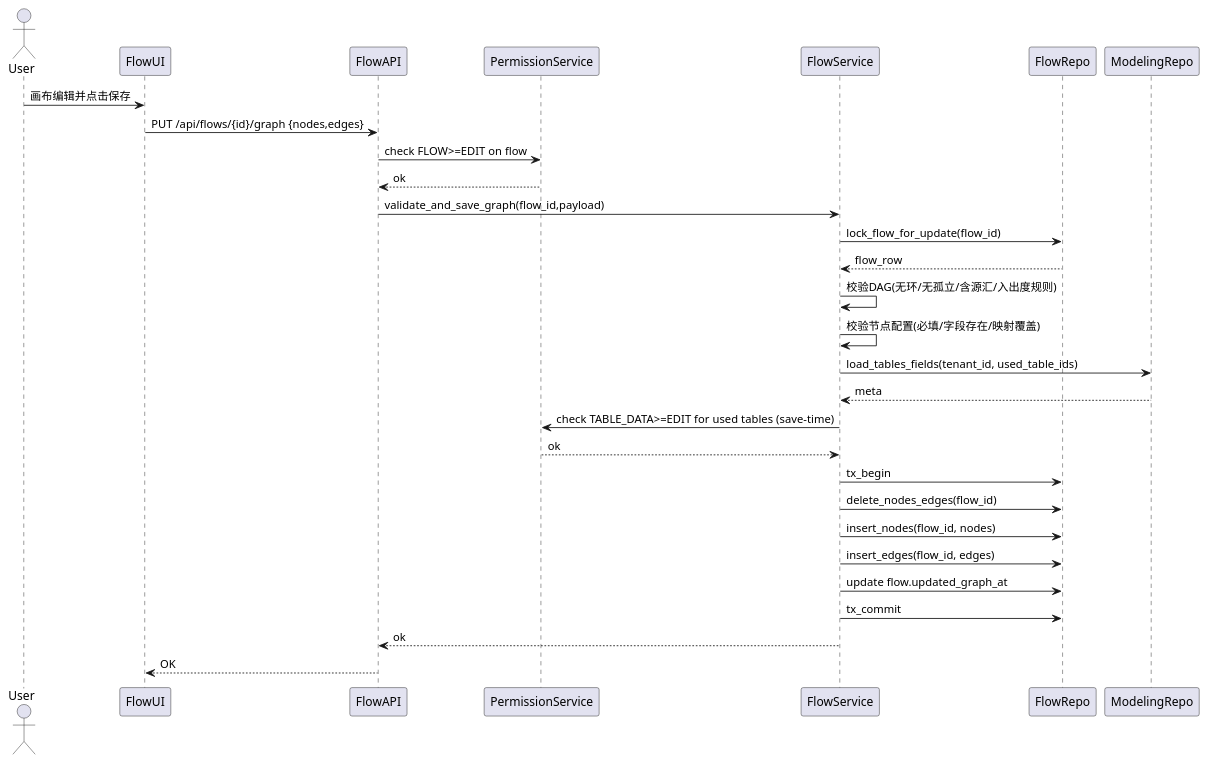
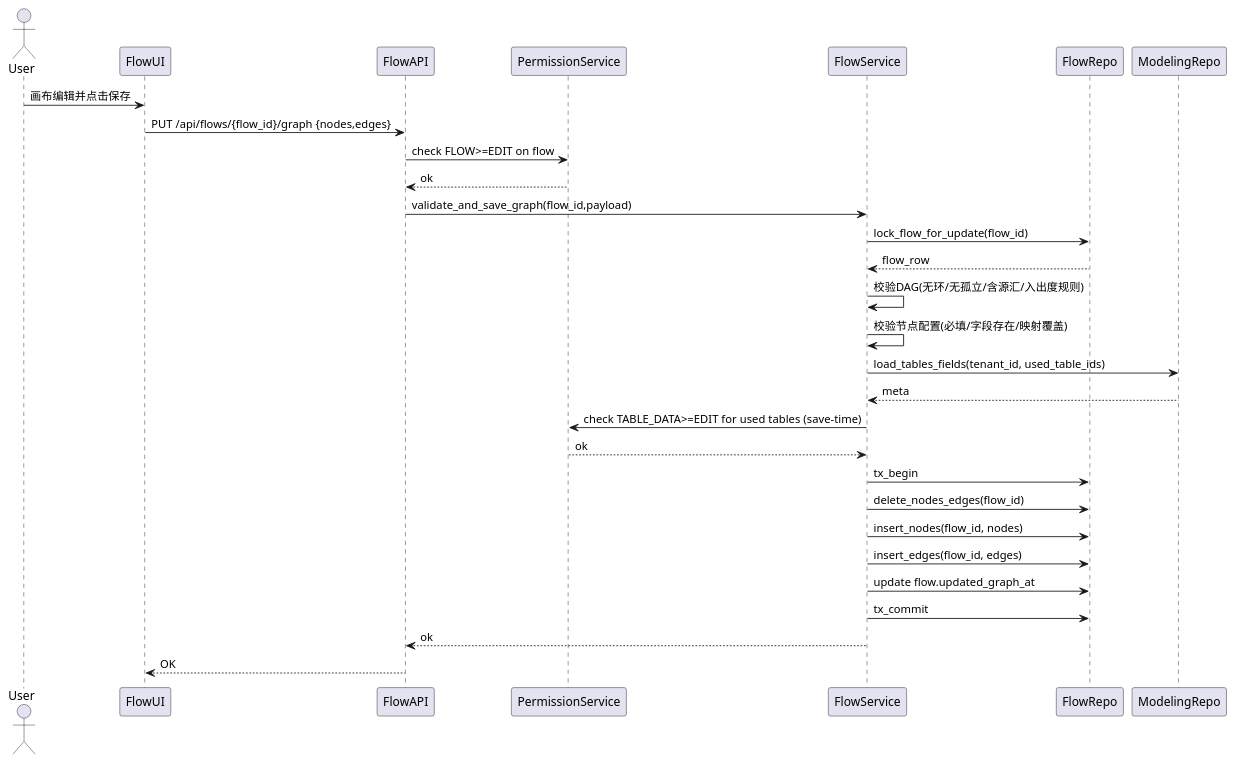
Before and after one commit to FangZiyong/grass: diagram 21 of 29 in docs/tech.md, drawn with PlantUML. The commit also changed other lines of this file and 5 other files, not shown here.

````diff
--- a/docs/tech.md
+++ b/docs/tech.md
@@ -3778,35 +3778,35 @@
 ```plantuml
 @startuml
 actor User
 participant "FlowUI" as UI
 participant "FlowAPI" as API
 participant "PermissionService" as PS
 participant "FlowService" as SVC
 participant "FlowRepo" as FR
 participant "ModelingRepo" as MR
 
 User -> UI : 画布编辑并点击保存
-UI -> API : PUT /api/flows/{id}/graph {nodes,edges}
+UI -> API : PUT /api/flows/{flow_id}/graph {nodes,edges}
 API -> PS : check FLOW>=EDIT on flow
 PS --> API : ok
 API -> SVC : validate_and_save_graph(flow_id,payload)
 SVC -> FR : lock_flow_for_update(flow_id)
 FR --> SVC : flow_row
 
 SVC -> SVC : 校验DAG(无环/无孤立/含源汇/入出度规则)
 SVC -> SVC : 校验节点配置(必填/字段存在/映射覆盖)
 SVC -> MR : load_tables_fields(tenant_id, used_table_ids)
 MR --> SVC : meta
 SVC -> PS : check TABLE_DATA>=EDIT for used tables (save-time)
 PS --> SVC : ok
 
 SVC -> FR : tx_begin
 SVC -> FR : delete_nodes_edges(flow_id)
 SVC -> FR : insert_nodes(flow_id, nodes)
 SVC -> FR : insert_edges(flow_id, edges)
 SVC -> FR : update flow.updated_graph_at
 SVC -> FR : tx_commit
 SVC --> API : ok
 API --> UI : OK
 @enduml
 ```
````
